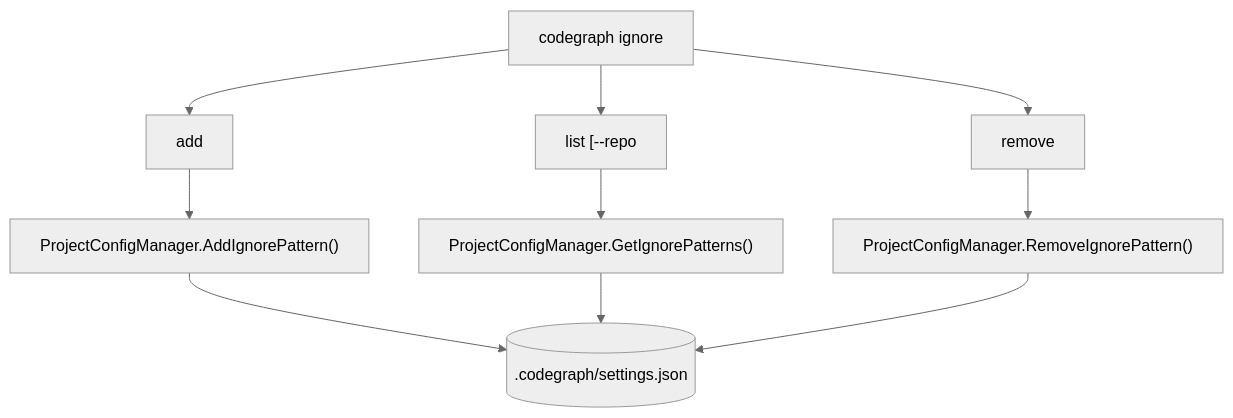
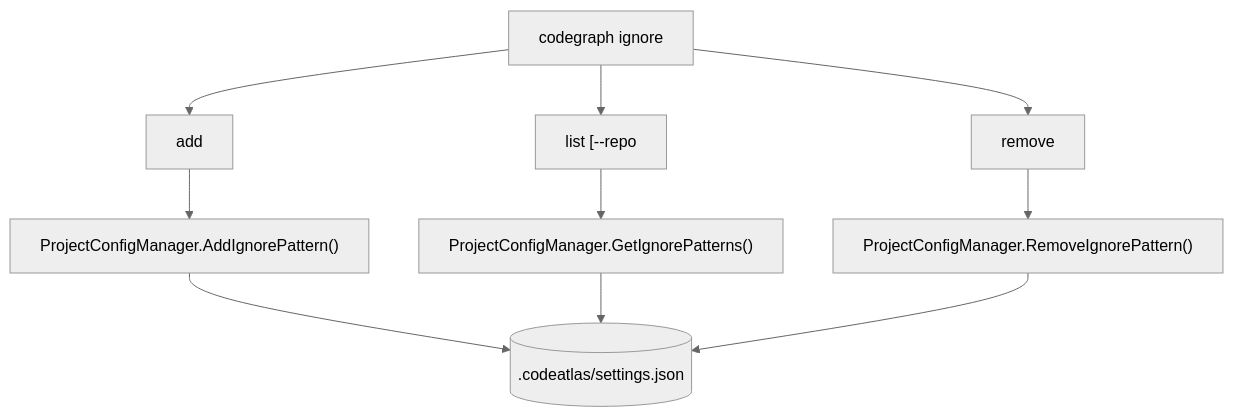
Before and after one commit to ScriptedFluff/CodeAtlas: the diagram in plan/cli-ignore-management.g37.md, drawn with Mermaid (neutral theme). The commit also changed other lines of this file and 322 other files, not shown here.

````diff
--- a/plan/cli-ignore-management.g37.md
+++ b/plan/cli-ignore-management.g37.md
@@ -25,14 +25,14 @@
 ```mermaid
 flowchart TD
     Root["codegraph ignore"] --> Add["add <pattern> [--repo <path>]"]
     Root --> List["list [--repo <path>] [--json]"]
     Root --> Remove["remove <pattern> [--repo <path>]"]
 
     Add --> CoreMgr["ProjectConfigManager.AddIgnorePattern()"]
     List --> CoreRead["ProjectConfigManager.GetIgnorePatterns()"]
     Remove --> CoreDel["ProjectConfigManager.RemoveIgnorePattern()"]
 
-    CoreMgr --> SettingsFile[(".codegraph/settings.json")]
+    CoreMgr --> SettingsFile[(".codeatlas/settings.json")]
     CoreRead --> SettingsFile
     CoreDel --> SettingsFile
 ```
````
